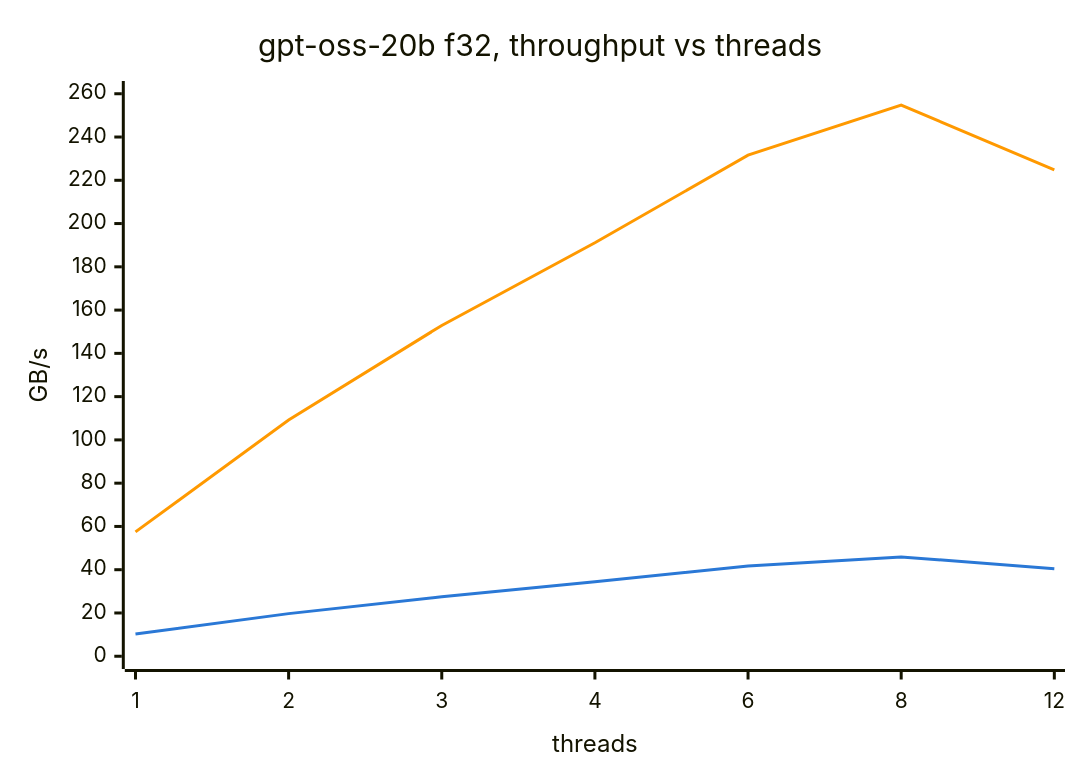
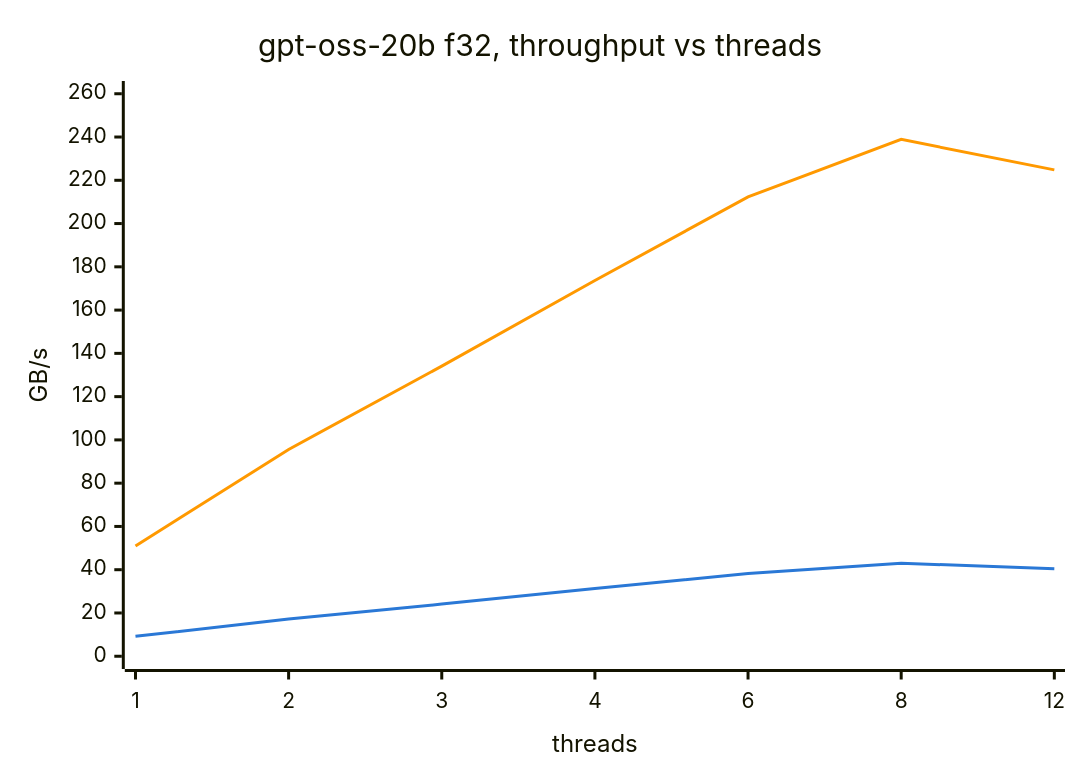
The diagram in README.md (fior512/dequant), drawn with Mermaid before and after one commit. The commit also changed other lines of this file and 3 other files, not shown here.

````diff
--- a/README.md
+++ b/README.md
@@ -85,9 +85,9 @@
 ```mermaid
 %%{init: {"themeVariables": {"xyChart": {"plotColorPalette": "#2a78d6, #FF9900"}}}}%%
 xychart-beta
     title "gpt-oss-20b f32, throughput vs threads"
     x-axis "threads" ["1", "2", "3", "4", "6", "8", "12"]
     y-axis "GB/s" 0 --> 260
-    line [10.3, 19.7, 27.5, 34.4, 41.7, 45.9, 40.5]
-    line [57.5, 109.2, 152.9, 191.1, 231.6, 254.8, 224.8]
+    line [9.2, 17.2, 24.1, 31.3, 38.2, 43.0, 40.5]
+    line [51.0, 95.6, 134.1, 173.7, 212.3, 238.9, 224.8]
 ```
````
